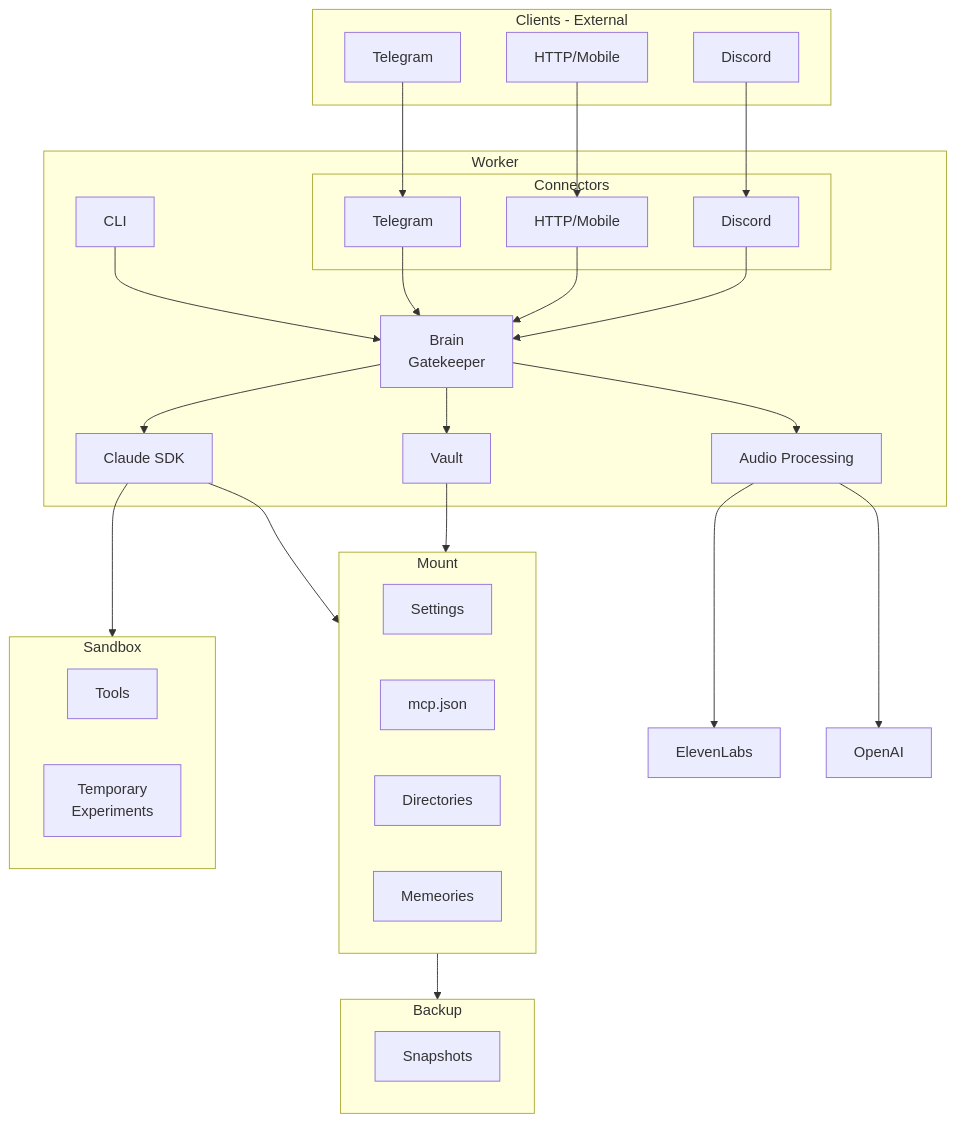
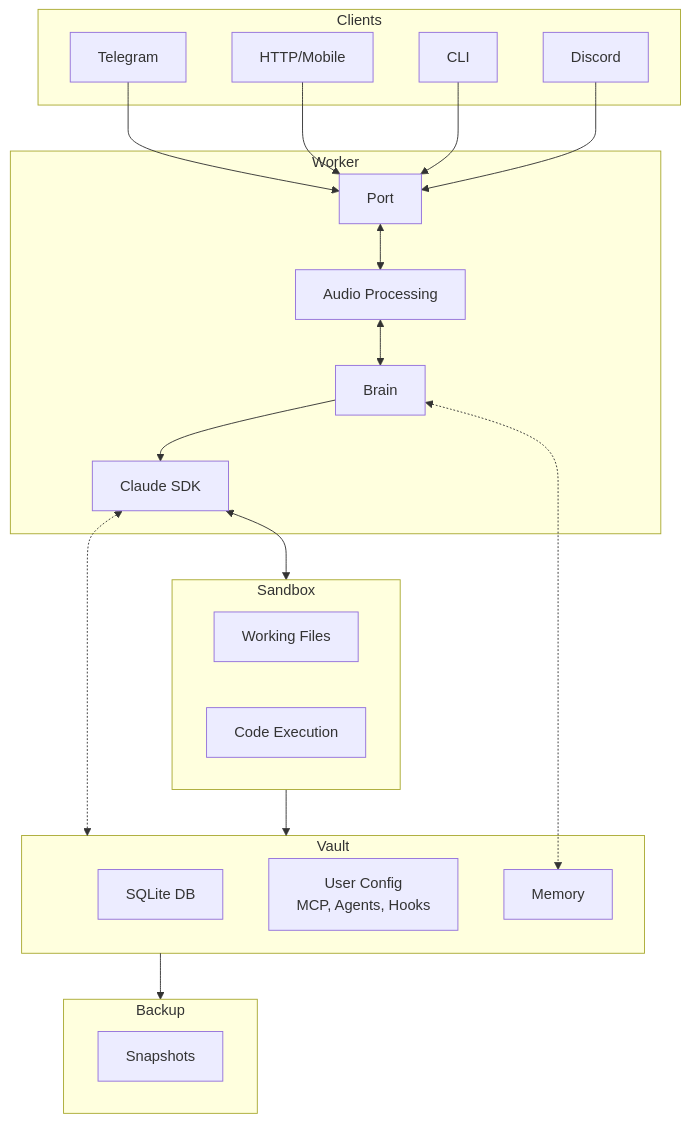
One commit to KoroMind/KoroMind changed the diagram in docs/single-instance-architecture.md. Above: the diagram before and after it, drawn with Mermaid. The commit also changed other lines of this file and 2 other files, not shown here.

First line of the commit message:
Add single-instance architecture docs with design decisions

````diff
--- a/docs/single-instance-architecture.md
+++ b/docs/single-instance-architecture.md
@@ -5,60 +5,46 @@
 ```mermaid
 graph TD
-    subgraph Clients[Clients - External]
+    subgraph Clients[Clients]
         TG[Telegram]
         HTTP[HTTP/Mobile]
+        CLI[CLI]
         DISC[Discord]
     end
 
     subgraph Worker[Worker]
-        subgraph Connectors[Connectors]
-            TGW[Telegram]
-            HTTPW[HTTP/Mobile]
-            DISCW[Discord]
-        end
-        CLI[CLI]
-        BRAIN[Brain <br> Gatekeeper]
+        PORT[Port]
+        BRAIN[Brain]
         SDK[Claude SDK]
         VOICE[Audio Processing]
-        VAULT[Vault]
+
+        PORT <--> VOICE
+        VOICE <--> BRAIN
+        BRAIN --> SDK
     end
 
-    subgraph Mount[Mount]
-        SETTINGS[Settings]
-        MCP[mcp.json]
-        DIR[Directories]
-        MEM[Memeories]
+    subgraph Vault[Vault]
+        STATE[SQLite DB]
+        CONFIG[User Config<br/>MCP, Agents, Hooks]
+        MEMORY[Memory]
+    end
+
+    subgraph Sandbox[Sandbox]
+        FILES[Working Files]
+        EXEC[Code Execution]
     end
 
     subgraph Backup[Backup]
         SNAP[Snapshots]
     end
 
-    subgraph Sandbox[Sandbox]
-        TOOLS[Tools]
-        TMP[Temporary <br> Experiments]
-    end
+    TG --> PORT
+    HTTP --> PORT
+    CLI --> PORT
+    DISC --> PORT
 
-
-    TG --> TGW
-    HTTP --> HTTPW
-    DISC --> DISCW
-    CLI --> BRAIN
-
-    TGW --> BRAIN
-    HTTPW --> BRAIN
-    DISCW --> BRAIN
-    BRAIN --> VAULT
-
-    BRAIN --> SDK
-    BRAIN --> VOICE
-    SDK --> Sandbox
-
-    SDK --> Mount
-
-    VAULT --> Mount
-    VOICE --> ElevenLabs
-    VOICE --> OpenAI
-
-    Mount --> Backup
+    BRAIN <-.-> MEMORY
+    SDK <--> Sandbox
+    SDK <-.-> Vault
+    Sandbox --> Vault
+    Vault --> Backup
 ```
````
